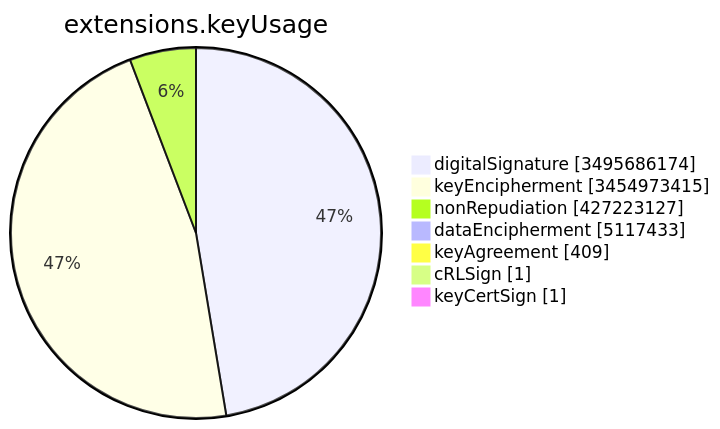
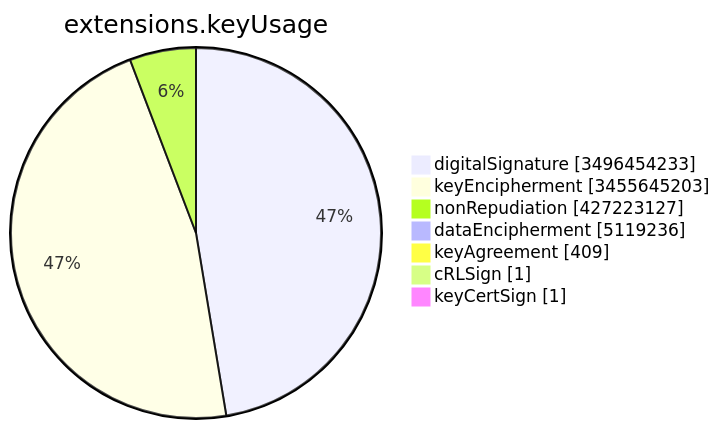
One commit to christiankrug/ctmonitor_visualization changed the sixth of 15 diagrams in TOTAL/README.md. Above: the diagram before and after it, drawn with Mermaid. The commit also changed other lines of this file, not shown here.

````diff
--- a/TOTAL/README.md
+++ b/TOTAL/README.md
@@ -3083,11 +3083,11 @@
 ```mermaid
 pie showData
 title extensions.keyUsage
-"digitalSignature" :3495686174
-"keyEncipherment" :3454973415
+"digitalSignature" :3496454233
+"keyEncipherment" :3455645203
 "nonRepudiation" :427223127
-"dataEncipherment" :5117433
+"dataEncipherment" :5119236
 "keyAgreement" :409
 "cRLSign" :1
 "keyCertSign" :1
 ```
````
